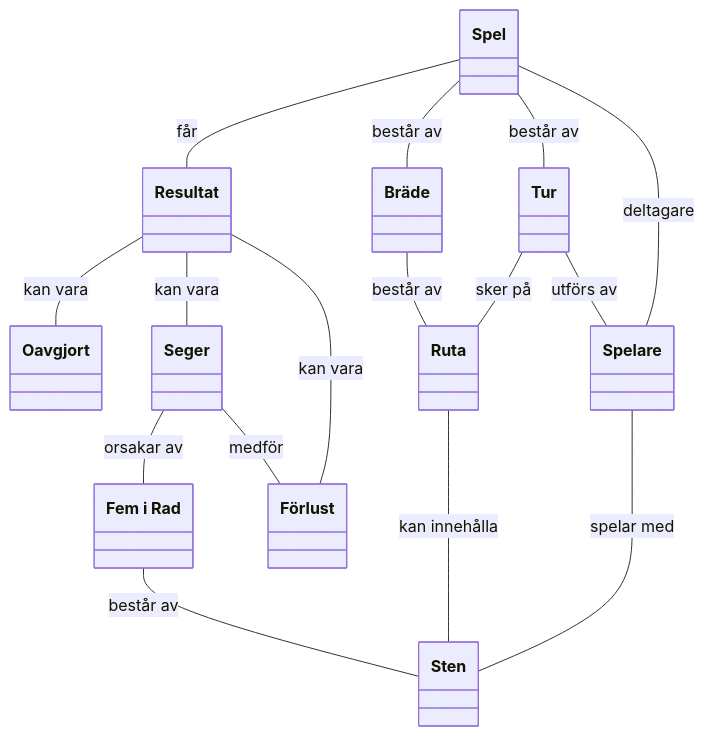
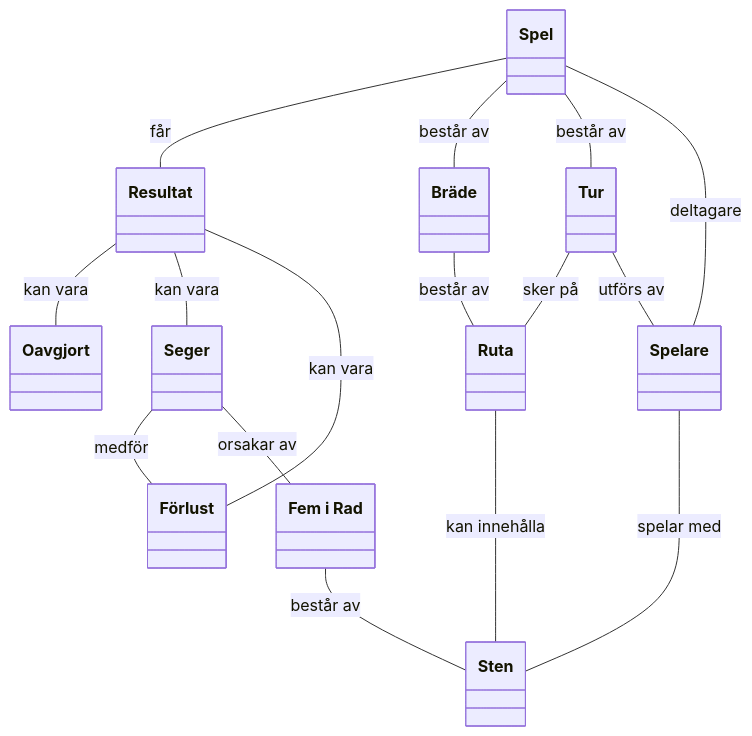
Before and after one commit to Wahlbin/gomokukravgrupp1: the diagram in docs/requirements/05-begreppsmodell.md, drawn with Mermaid. The commit also changed other lines of this file, not shown here.

````diff
--- a/docs/requirements/05-begreppsmodell.md
+++ b/docs/requirements/05-begreppsmodell.md
@@ -5,56 +5,56 @@
 ```mermaid
 classDiagram
     direction TB
 
     class Spel {
     }
 
     class Resultat {
     }
 
     class Spelare {
     }
 
     class Bräde {
     }
 
     class Ruta {
     }
 
     class Sten {
     }
 
     class Tur {
     }
 
     class Seger {
     }
 
     class Förlust {
     }
 
     class Oavgjort {
     }
 
 
     class 5iRad["Fem i Rad"] {
     }
 
    
 
     Spel -- Resultat : får
     Spel -- Bräde : består av
     Spel -- Tur : består av
     Bräde -- Ruta : består av
     Ruta -- Sten : kan innehålla
     Tur -- Ruta : sker på
     Tur -- Spelare : utförs av
     Resultat -- Oavgjort : kan vara
     Resultat -- Seger : kan vara
     Resultat -- Förlust :kan vara
+    Seger -- Förlust : medför
     Seger -- 5iRad : orsakar av
-    Seger -- Förlust : medför
     5iRad -- Sten : består av
     Spel -- Spelare : deltagare
     Spelare -- Sten : spelar med
 ```
````
